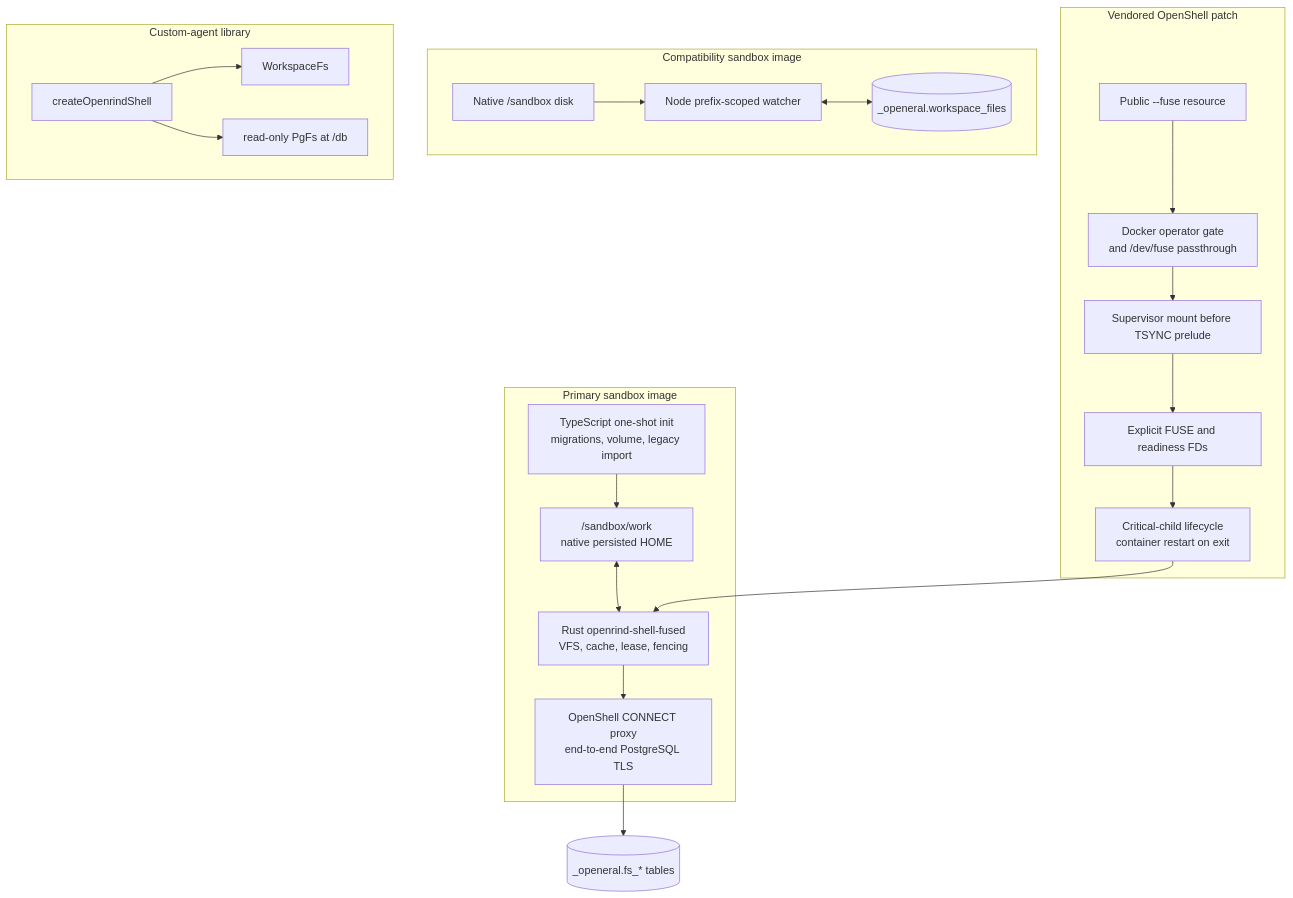
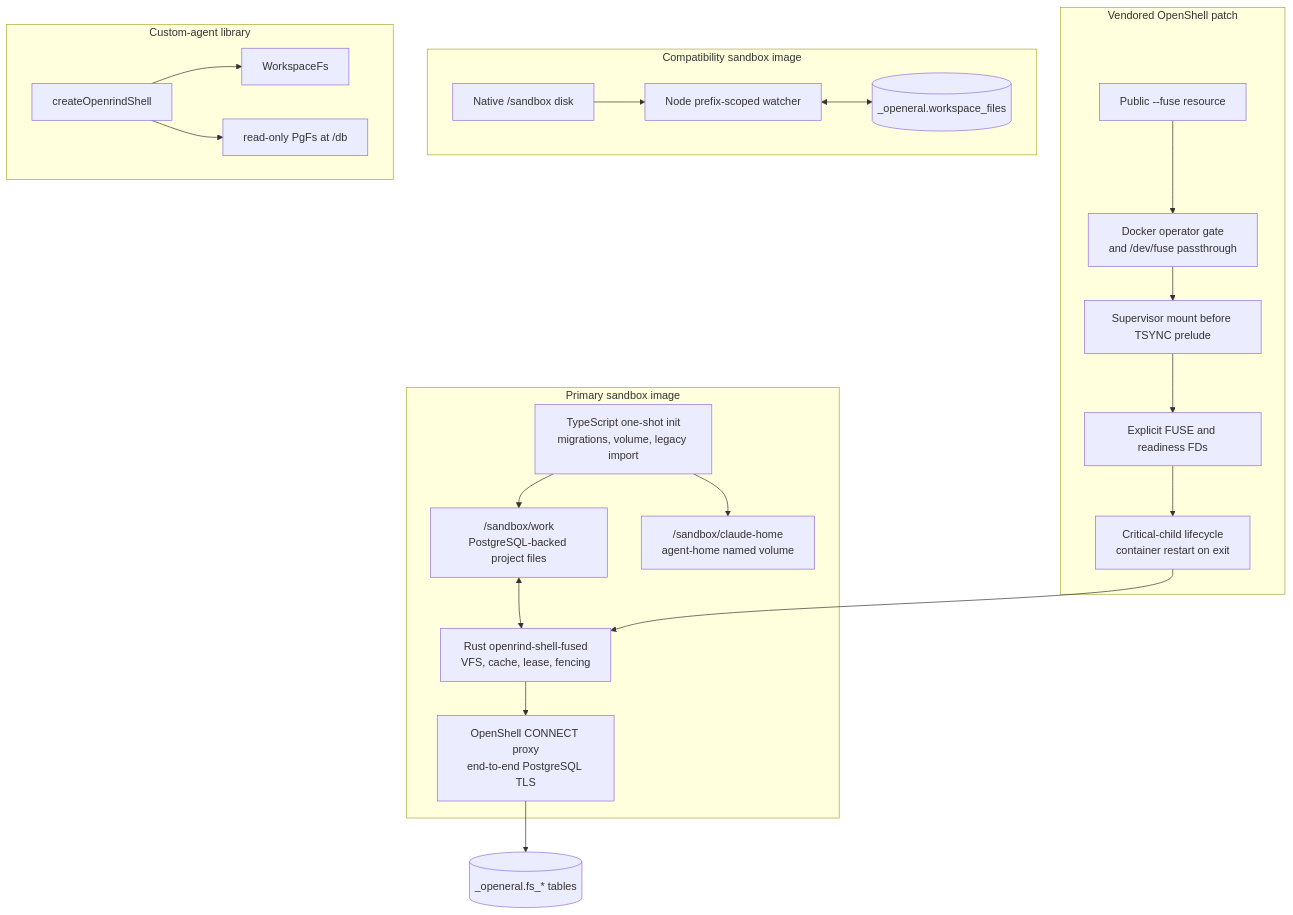
The diagram in .claude/skills/openrind-dev/SKILL.md (Pavitra-programmers/openeral), drawn with Mermaid before and after one commit. The commit also changed other lines of this file and 53 other files, not shown here.

````diff
--- a/.claude/skills/openrind-dev/SKILL.md
+++ b/.claude/skills/openrind-dev/SKILL.md
@@ -18,32 +18,34 @@
 ```mermaid
 flowchart TB
   subgraph openshell["Vendored OpenShell patch"]
     api["Public --fuse resource"] --> driver["Docker operator gate<br/>and /dev/fuse passthrough"]
     driver --> supervisor["Supervisor mount before TSYNC prelude"]
     supervisor --> fds["Explicit FUSE and readiness FDs"]
     fds --> critical["Critical-child lifecycle<br/>container restart on exit"]
   end
 
   subgraph primary["Primary sandbox image"]
     init["TypeScript one-shot init<br/>migrations, volume, legacy import"]
     fused["Rust openrind-shell-fused<br/>VFS, cache, lease, fencing"]
-    home["/sandbox/work<br/>native persisted HOME"]
+    home["/sandbox/work<br/>PostgreSQL-backed project files"]
+    claudehome["/sandbox/claude-home<br/>agent-home named volume"]
     proxy["OpenShell CONNECT proxy<br/>end-to-end PostgreSQL TLS"]
     init --> home
+    init --> claudehome
     home <--> fused
     fused --> proxy
   end
 
   subgraph compatibility["Compatibility sandbox image"]
     disk["Native /sandbox disk"] --> watcher["Node prefix-scoped watcher"]
     watcher <--> legacy[("_openeral.workspace_files")]
   end
 
   subgraph library["Custom-agent library"]
     justbash["createOpenrindShell"] --> workspacefs["WorkspaceFs"]
     justbash --> pgfs["read-only PgFs at /db"]
   end
 
   critical --> fused
   proxy --> normalized[("_openeral.fs_* tables")]
 ```
````
